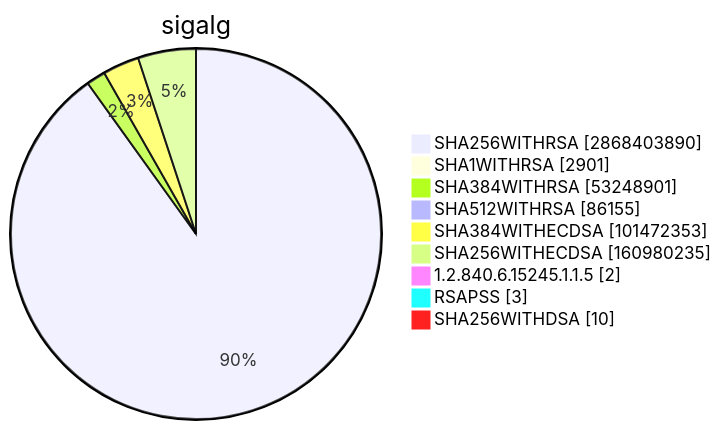
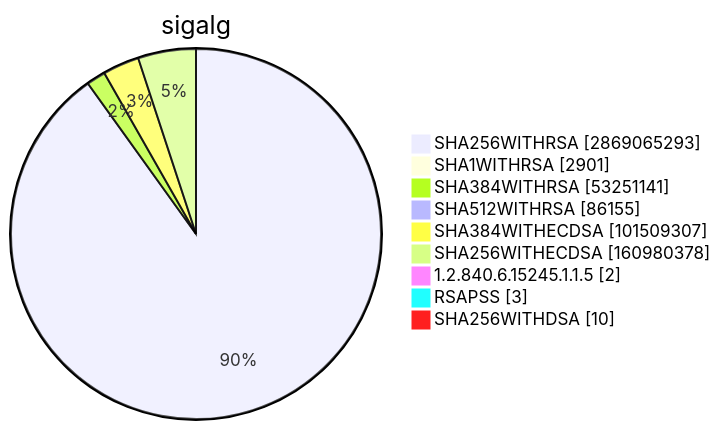
One commit to christiankrug/ctmonitor_visualization changed diagram 15 of 15 in TOTAL/README.md. Above: the diagram before and after it, drawn with Mermaid. The commit also changed other lines of this file, not shown here.

````diff
--- a/TOTAL/README.md
+++ b/TOTAL/README.md
@@ -6207,13 +6207,13 @@
 ```mermaid
 pie showData
 title sigalg
-"SHA256WITHRSA" :2868403890
+"SHA256WITHRSA" :2869065293
 "SHA1WITHRSA" :2901
-"SHA384WITHRSA" :53248901
+"SHA384WITHRSA" :53251141
 "SHA512WITHRSA" :86155
-"SHA384WITHECDSA" :101472353
-"SHA256WITHECDSA" :160980235
+"SHA384WITHECDSA" :101509307
+"SHA256WITHECDSA" :160980378
 "1.2.840.6.15245.1.1.5" :2
 "RSAPSS" :3
 "SHA256WITHDSA" :10
 ```
````
